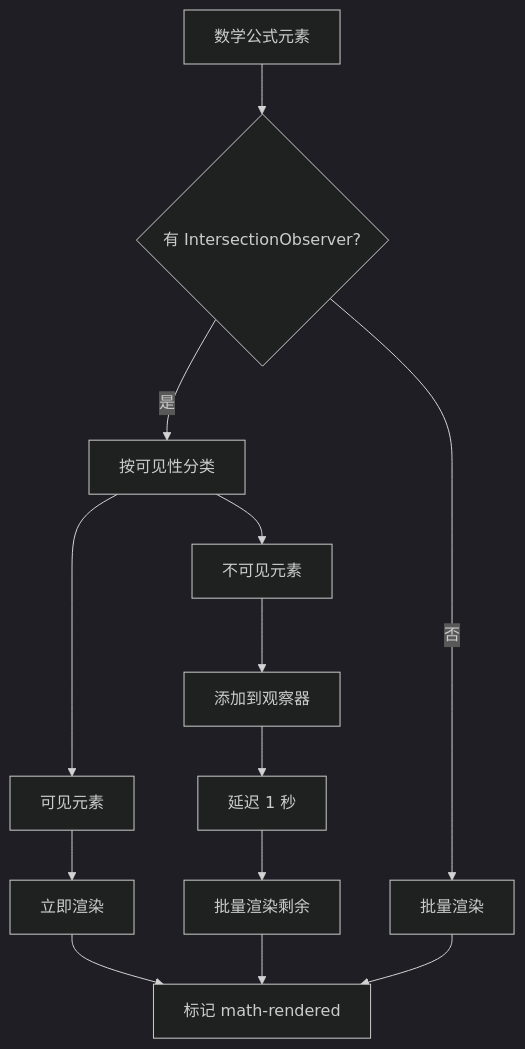
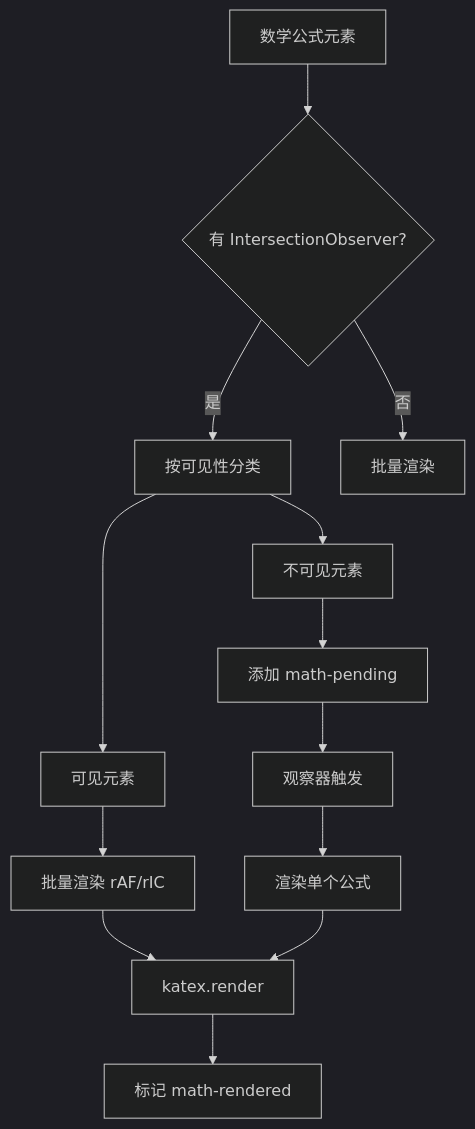
The seventh of 8 diagrams in docs/preview.md (ZCShou/markdown), drawn with Mermaid (dark theme) before and after one commit. The commit also changed other lines of this file and 2 other files, not shown here.

````diff
--- a/docs/preview.md
+++ b/docs/preview.md
@@ -1105,18 +1116,19 @@
 ```mermaid
 graph TD
     A[数学公式元素] --> B{有 IntersectionObserver?}
     B -->|是| C[按可见性分类]
     B -->|否| D[批量渲染]
     
     C --> E[可见元素]
     C --> F[不可见元素]
     
-    E --> G[立即渲染]
-    F --> H[添加到观察器]
-    H --> I[延迟 1 秒]
-    I --> J[批量渲染剩余]
+    E --> G[批量渲染 rAF/rIC]
+    F --> H[添加 math-pending]
+    H --> I[观察器触发]
+    I --> J[渲染单个公式]
     
-    G --> K[标记 math-rendered]
+    G --> K[katex.render]
     J --> K
-    D --> K
+    
+    K --> L[标记 math-rendered]
 ```
````
